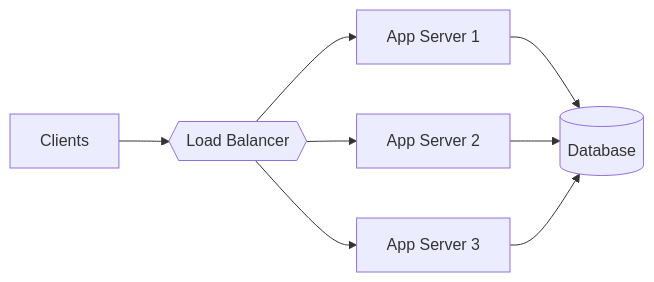
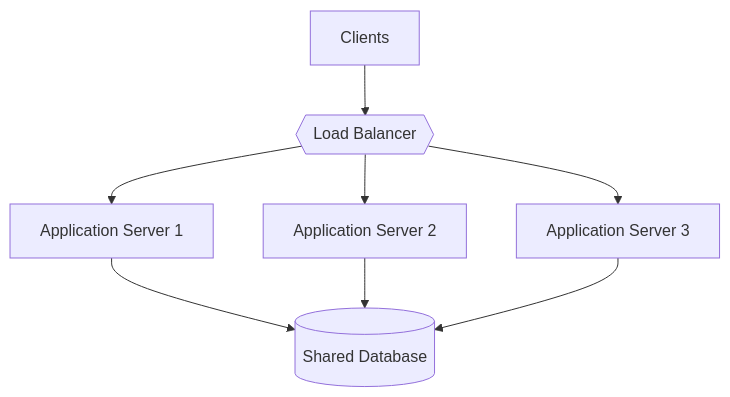
One commit to HARRISAMIN432/system-design-hld changed the fourth of 18 diagrams in 07_scaling_application_from_one_to_million_users/README.md. Above: the diagram before and after it, drawn with Mermaid. The commit also changed other lines of this file and 11 other files, not shown here.

````diff
--- a/07_scaling_application_from_one_to_million_users/README.md
+++ b/07_scaling_application_from_one_to_million_users/README.md
@@ -110,10 +376,12 @@
 ```mermaid
-flowchart LR
-    Client["Clients"] --> LB{{"Load Balancer"}}
-    LB --> A1["App Server 1"]
-    LB --> A2["App Server 2"]
-    LB --> A3["App Server 3"]
-    A1 --> DB[("Database")]
+flowchart TB
+    C["Clients"] --> LB{{"Load Balancer"}}
+
+    LB --> A1["Application Server 1"]
+    LB --> A2["Application Server 2"]
+    LB --> A3["Application Server 3"]
+
+    A1 --> DB[("Shared Database")]
     A2 --> DB
     A3 --> DB
 ```
````
